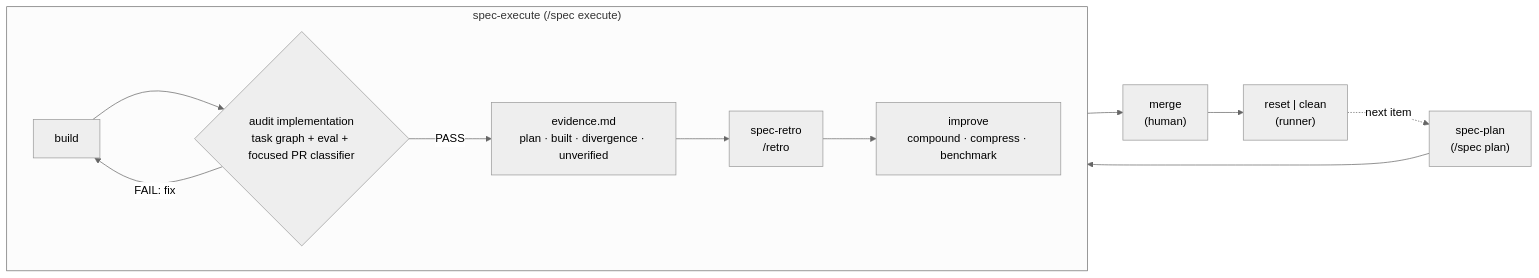
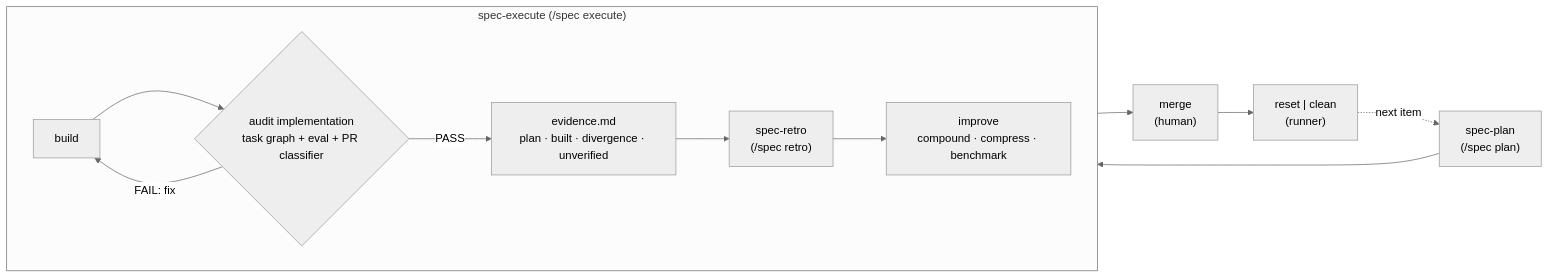
One commit to mifunedev/openharness changed the diagram in AGENTS.md. Above: the diagram before and after it, drawn with Mermaid (neutral theme). The commit also changed other lines of this file and 1 other file, not shown here.

Commit message:
task: restructure root agent guidance

````diff
--- a/AGENTS.md
+++ b/AGENTS.md
@@ -144,15 +207,15 @@
 ```mermaid
 flowchart LR
     PLAN["spec-plan<br/>(/spec plan)"] --> BUILD["build"]
     subgraph EXEC["spec-execute (/spec execute)"]
         direction LR
-        BUILD --> AUDIT{"audit implementation<br/>task graph + eval + focused PR classifier"}
+        BUILD --> AUDIT{"audit implementation<br/>task graph + eval + PR classifier"}
         AUDIT -->|FAIL: fix| BUILD
         AUDIT -->|PASS| EVID["evidence.md<br/>plan · built · divergence · unverified"]
-        EVID --> SRETRO["spec-retro<br/>/retro"]
+        EVID --> SRETRO["spec-retro<br/>(/spec retro)"]
         SRETRO --> IMPROVE["improve<br/>compound · compress · benchmark"]
     end
     IMPROVE --> MERGE["merge<br/>(human)"]
     MERGE --> RESET["reset | clean<br/>(runner)"]
     RESET -.->|next item| PLAN
 ```
````
